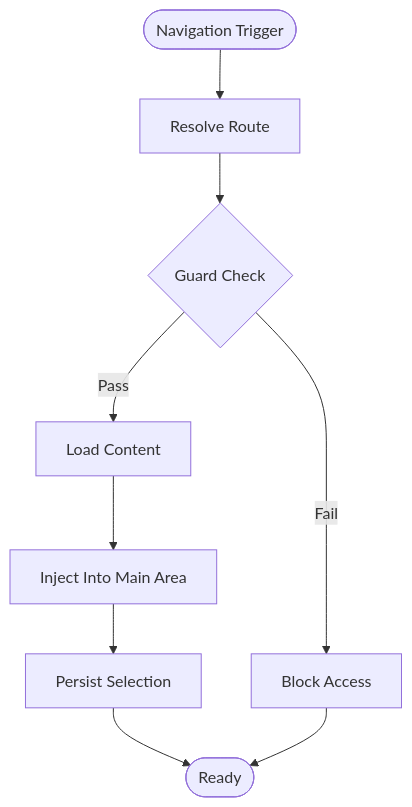
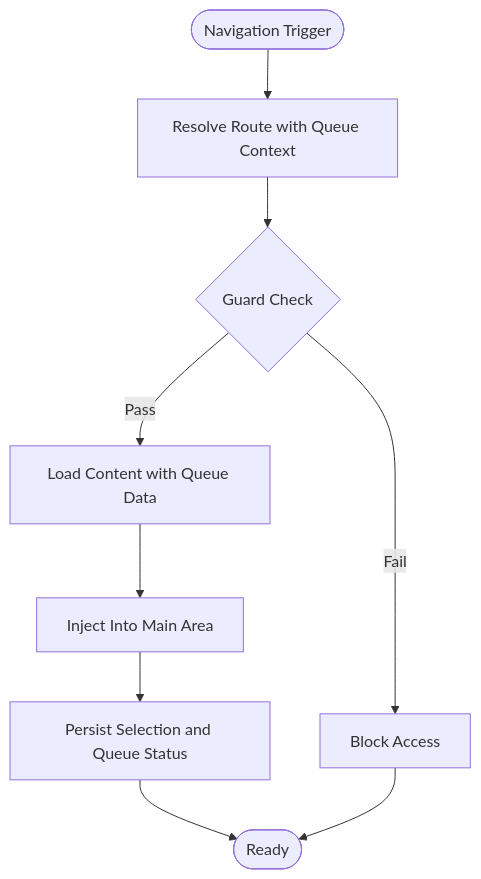
Before and after one commit to rendisiagian/TDS_by_RENDISIAGIAN: the fourth of 7 diagrams in .qoder/repowiki/en/content/User Interface & Experience/Dashboard & Navigation.md, drawn with Mermaid. The commit also changed other lines of this file and 91 other files, not shown here.

````diff
--- a/.qoder/repowiki/en/content/User Interface & Experience/Dashboard & Navigation.md
+++ b/.qoder/repowiki/en/content/User Interface & Experience/Dashboard & Navigation.md
@@ -254,11 +282,11 @@
 ```mermaid
 flowchart TD
-Start(["Navigation Trigger"]) --> Resolve["Resolve Route"]
+Start(["Navigation Trigger"]) --> Resolve["Resolve Route with Queue Context"]
 Resolve --> Guard{"Guard Check"}
 Guard --> |Fail| Block["Block Access"]
-Guard --> |Pass| Load["Load Content"]
+Guard --> |Pass| Load["Load Content with Queue Data"]
 Load --> Inject["Inject Into Main Area"]
-Inject --> Persist["Persist Selection"]
+Inject --> Persist["Persist Selection and Queue Status"]
 Persist --> End(["Ready"])
 Block --> End
 ```
````
